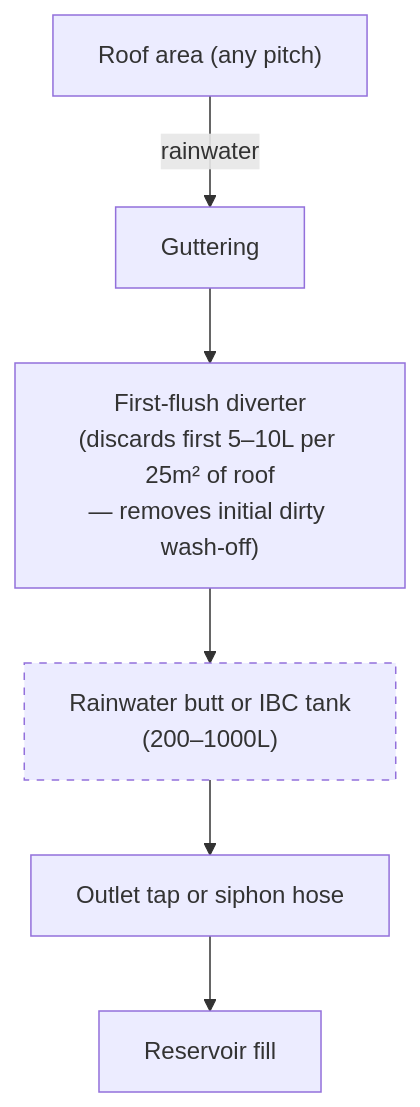
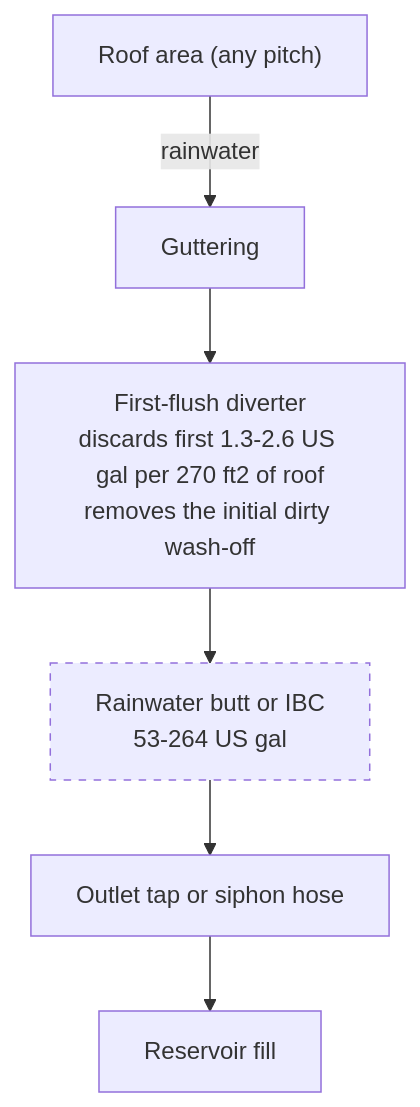
Before and after one commit to UncleJS/guide_hydroponics: the diagram in guide/ebb-and-flow/03-water-quality.md, drawn with Mermaid. The commit also changed other lines of this file and 35 other files, not shown here.

````diff
--- a/guide/ebb-and-flow/03-water-quality.md
+++ b/guide/ebb-and-flow/03-water-quality.md
@@ -256,10 +260,10 @@
 ```mermaid
 flowchart TD
     A["Roof area (any pitch)"] -->|rainwater| B["Guttering"]
-    B --> C["First-flush diverter<br/>(discards first 5–10L per 25m² of roof<br/>— removes initial dirty wash-off)"]
-    C --> D["Rainwater butt or IBC tank<br/>(200–1000L)"]
+    B --> C["First-flush diverter<br/>discards first 1.3-2.6 US gal per 270 ft2 of roof<br/>removes the initial dirty wash-off"]
+    C --> D["Rainwater butt or IBC<br/>53-264 US gal"]
     D --> E["Outlet tap or siphon hose"]
     E --> F["Reservoir fill"]
     D:::tank
     classDef tank stroke-dasharray: 5 5
 ```
````
